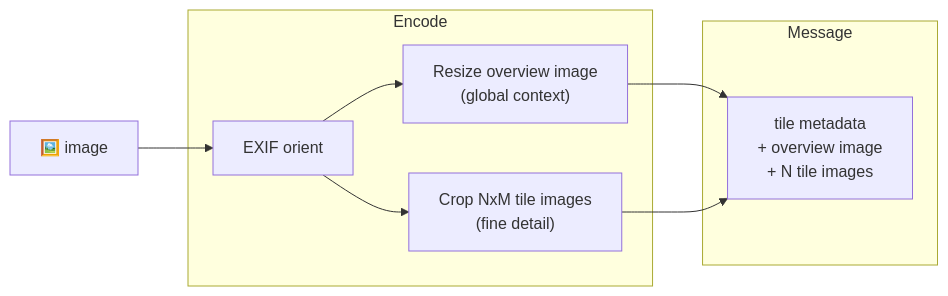
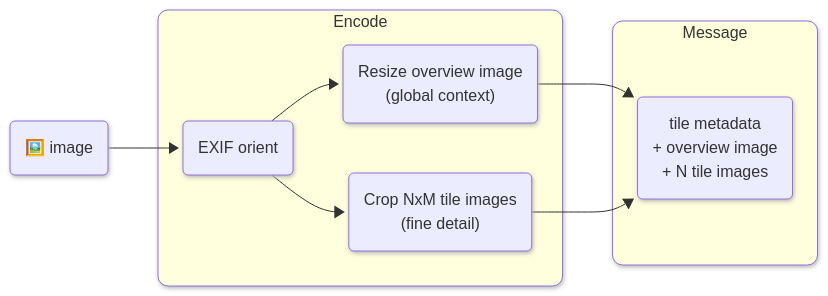
The second of 17 diagrams in docs/ENCODERS.md (vlm-run/mm), drawn with Mermaid before and after one commit. The commit also changed other lines of this file and 1 other file, not shown here.

````diff
--- a/docs/ENCODERS.md
+++ b/docs/ENCODERS.md
@@ -38,20 +41,23 @@
 ```mermaid
+%%{init: {'look': 'neo'} }%%
 graph LR
-  img["🖼️ image"]
+  img("🖼️ image")
 
   subgraph encode ["Encode"]
-    exif["EXIF orient"]
-    overview["Resize overview image\n(global context)"]
-    tiles["Crop NxM tile images\n(fine detail)"]
+    exif("EXIF orient")
+    overview("Resize overview image\n(global context)")
+    tiles("Crop NxM tile images\n(fine detail)")
   end
 
   subgraph message ["Message"]
-    msg["tile metadata\n+ overview image\n+ N tile images"]
+    msg("tile metadata\n+ overview image\n+ N tile images")
   end
 
   img --> exif
   exif --> overview
   exif --> tiles
   overview --> msg
   tiles --> msg
+  style encode rx:10px,ry:10px
+  style message rx:10px,ry:10px
 ```
````
